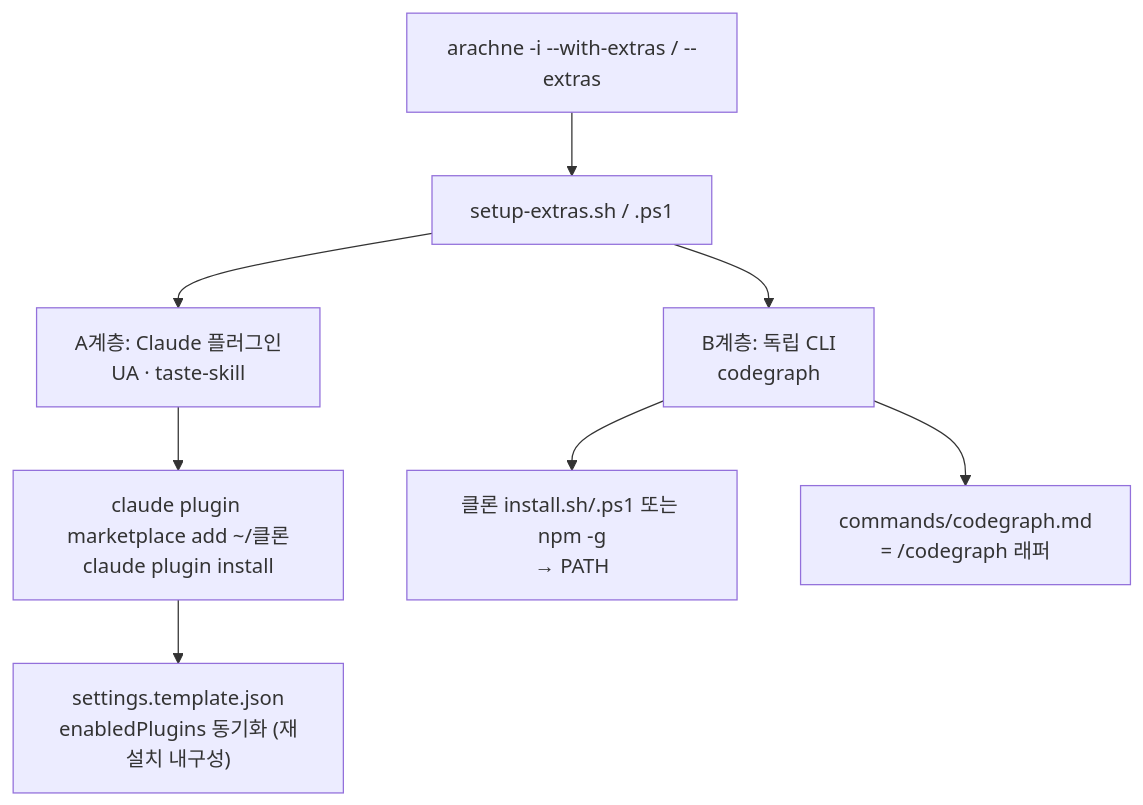
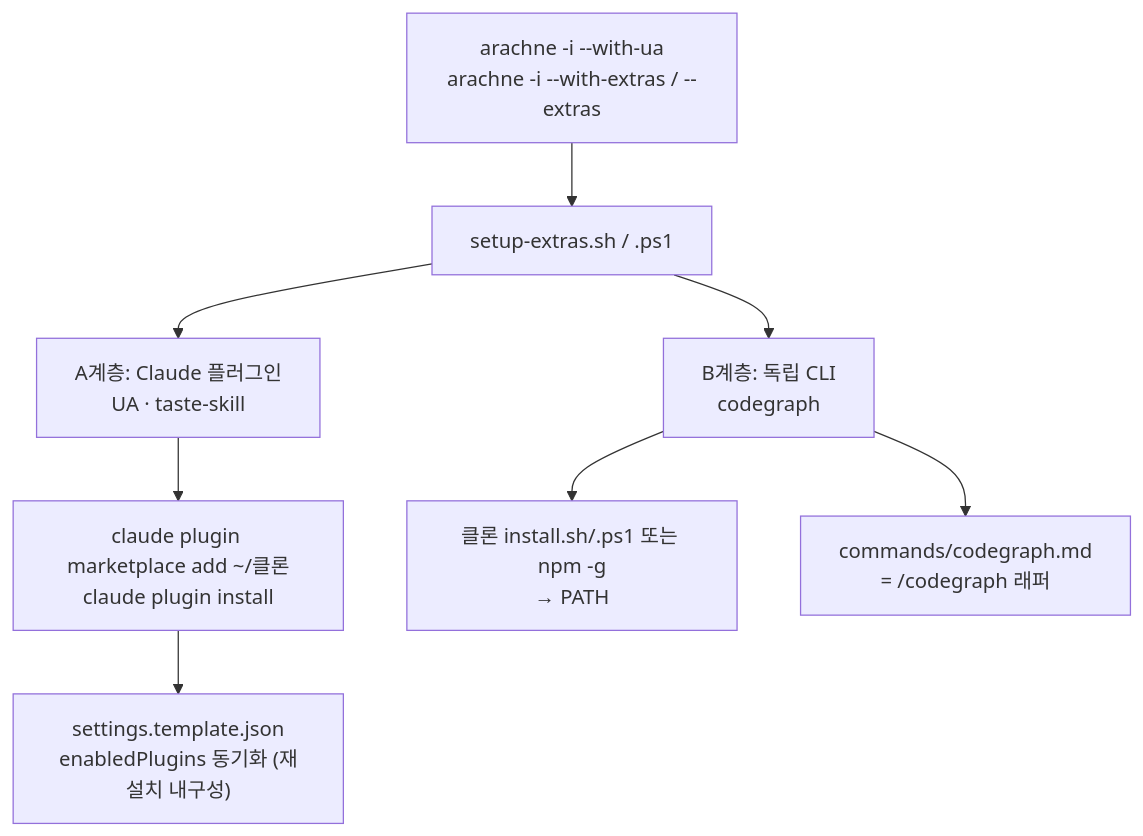
Before and after one commit to jomarusoup/Arachne: the diagram in docs/tools/README.md, drawn with Mermaid. The commit also changed other lines of this file and 9 other files, not shown here.

````diff
--- a/docs/tools/README.md
+++ b/docs/tools/README.md
@@ -33,10 +33,10 @@
 ```mermaid
 flowchart TD
-    A["arachne -i --with-extras / --extras"] --> S["setup-extras.sh / .ps1"]
+    A["arachne -i --with-ua<br/>arachne -i --with-extras / --extras"] --> S["setup-extras.sh / .ps1"]
     S --> P["A계층: Claude 플러그인<br/>UA · taste-skill"]
     S --> C["B계층: 독립 CLI<br/>codegraph"]
     P --> M["claude plugin marketplace add ~/클론<br/>claude plugin install"]
     M --> T["settings.template.json<br/>enabledPlugins 동기화 (재설치 내구성)"]
     C --> B["클론 install.sh/.ps1 또는 npm -g<br/>→ PATH"]
     C --> W["commands/codegraph.md<br/>= /codegraph 래퍼"]
 ```
````
